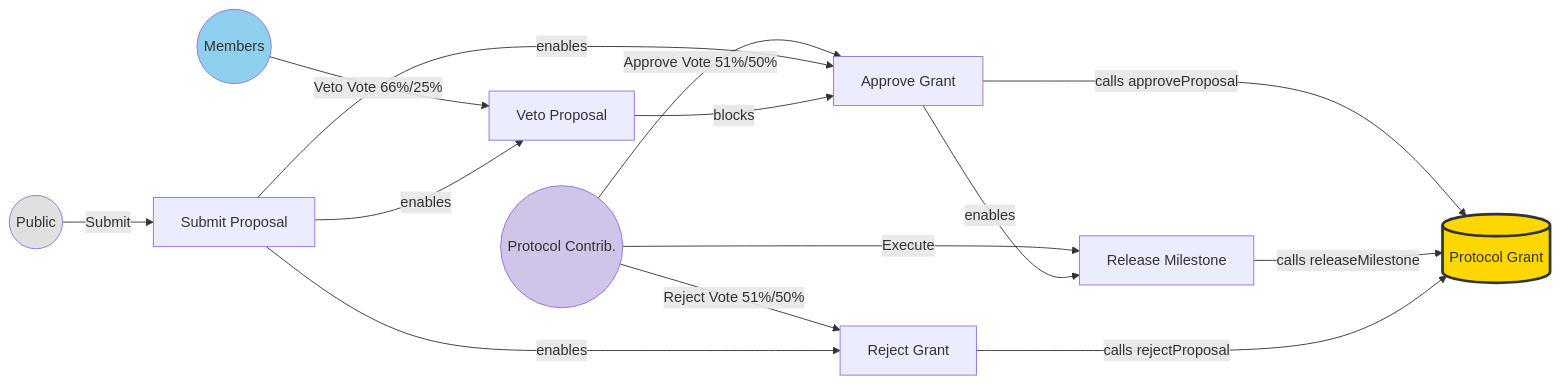
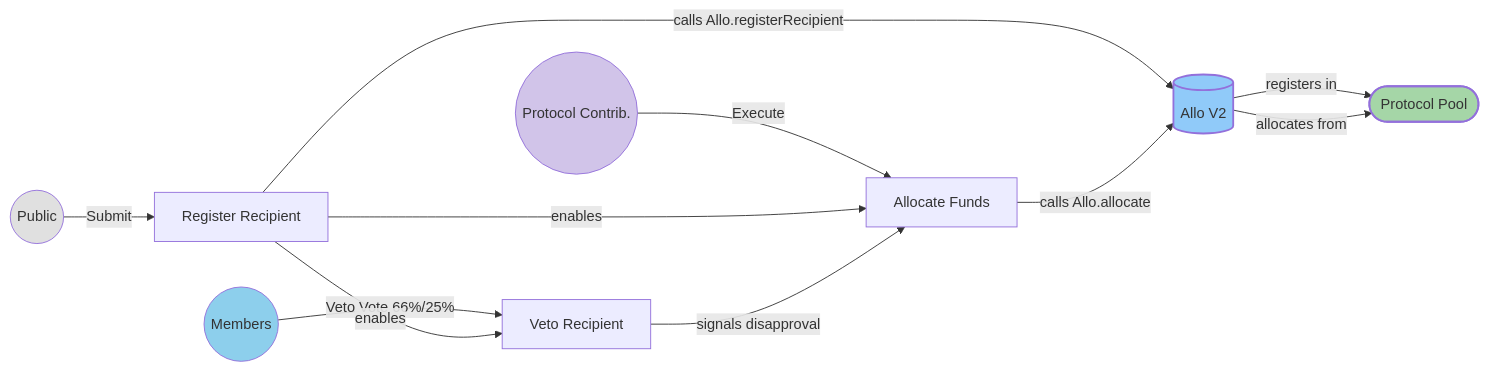
The fourth of 6 diagrams in frontend/organisations/specs/powerBaseSpec.md (7Cedars/powers), drawn with Mermaid before and after one commit. The commit also changed other lines of this file and 139 other files, not shown here.

````diff
--- a/frontend/organisations/specs/powerBaseSpec.md
+++ b/frontend/organisations/specs/powerBaseSpec.md
@@ -267,33 +251,28 @@
 ```mermaid
-flowchart LR
-    RPublic(( Public )):::user7
-    RM(( Members )):::user0
-    RProto(( Protocol Contrib. )):::user4
-    ProtocolGrant[(Protocol Grant)]:::contract
+flowchart LR  
+    RPublic(( Public )):::user7  
+    RM(( Members )):::user0  
+    RProto(( Protocol Contrib. )):::user4  
+    Allo[(Allo V2)]:::contract  
+    ProtocolPool([Protocol Pool]):::pool
 
-    A[Submit Proposal]
-    B[Veto Proposal]
-    C[Approve Grant]
-    D[Release Milestone]
-    E[Reject Grant]
+    A[Register Recipient]  
+    B[Veto Recipient]  
+    C[Allocate Funds]
 
-    RPublic -- Submit --> A
-    RM -- Veto Vote 66%/25% --> B
-    RProto -- Approve Vote 51%/50% --> C
-    RProto -- Execute --> D
-    RProto -- Reject Vote 51%/50% --> E
+    RPublic -- Submit --> A  
+    RM -- Veto Vote 66%/25% --> B  
+    RProto -- Execute --> C
 
-    A -- enables --> B
-    A -- enables --> C
-    A -- enables --> E
-    B -- blocks --> C
-    C -- calls approveProposal --> ProtocolGrant
-    C -- enables --> D
-    D -- calls releaseMilestone --> ProtocolGrant
-    E -- calls rejectProposal --> ProtocolGrant
+    A -- calls Allo.registerRecipient --> Allo -- registers in --> ProtocolPool  
+    A -- enables --> B  
+    A -- enables --> C  
+    B -- signals disapproval --> C  
+    C -- calls Allo.allocate --> Allo -- allocates from --> ProtocolPool
 
-    classDef user0 fill:#8dcfec
-    classDef user4 fill:#d1c4e9
-    classDef user7 fill:#e0e0e0
-    classDef contract fill:#ffd700,stroke:#333,stroke-width:3px
+    classDef user0 fill:#8dcfec  
+    classDef user4 fill:#d1c4e9  
+    classDef user7 fill:#e0e0e0  
+    classDef contract fill:#90caf9,stroke:\#333,stroke-width:2px  
+    classDef pool fill:#a5d6a7,stroke:\#333,stroke-width:2px
 ```
````
